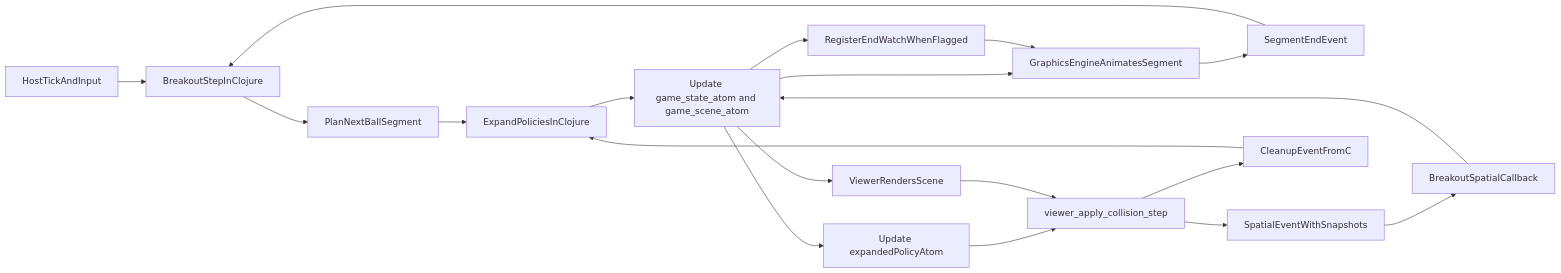
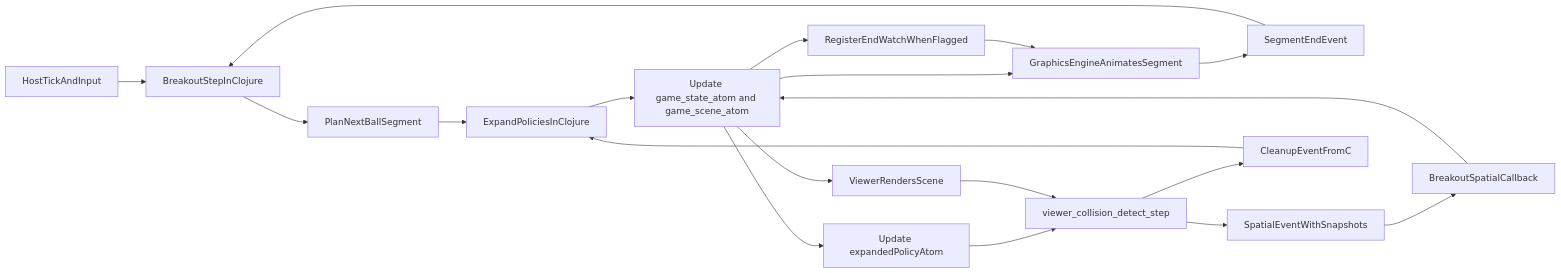
One commit to g3ntleman/tiny-clj changed the diagram in Plans/breakout-collision-migration.plan.md. Above: the diagram before and after it, drawn with Mermaid. The commit also changed other lines of this file and 71 other files, not shown here.

````diff
--- a/Plans/breakout-collision-migration.plan.md
+++ b/Plans/breakout-collision-migration.plan.md
@@ -117,21 +119,21 @@
 ```mermaid
 flowchart LR
   hostTick[HostTickAndInput] --> cljStep[BreakoutStepInClojure]
   cljStep --> planSegment[PlanNextBallSegment]
   planSegment --> expandPolicies[ExpandPoliciesInClojure]
   expandPolicies --> publishAtoms[Update game_state_atom and game_scene_atom]
   publishAtoms --> viewerRender[ViewerRendersScene]
   publishAtoms --> publishPolicies[Update expandedPolicyAtom]
   publishAtoms --> runSegment[GraphicsEngineAnimatesSegment]
   publishAtoms --> timelineWatch[RegisterEndWatchWhenFlagged]
-  publishPolicies --> collisionStep[viewer_apply_collision_step]
+  publishPolicies --> collisionStep[viewer_collision_detect_step]
   viewerRender --> collisionStep
   timelineWatch --> runSegment
   runSegment --> segmentEnd[SegmentEndEvent]
   segmentEnd --> cljStep
   collisionStep --> spatialEvent[SpatialEventWithSnapshots]
   spatialEvent --> cljCallback[BreakoutSpatialCallback]
   cljCallback --> publishAtoms
   collisionStep --> maintenanceEvent[CleanupEventFromC]
   maintenanceEvent --> expandPolicies
 ```
````
